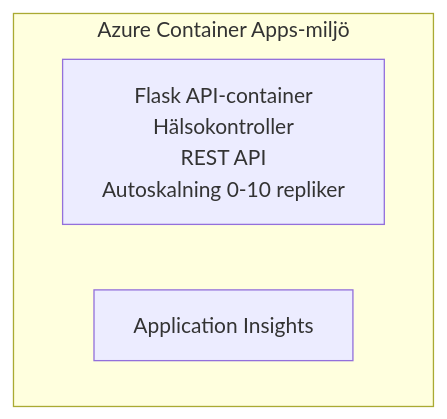
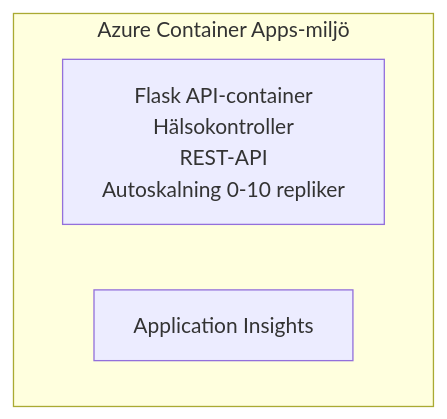
Before and after one commit to microsoft/AZD-for-beginners: the diagram in translations/sv/examples/container-app/simple-flask-api/README.md, drawn with Mermaid. The commit also changed other lines of this file and 104 other files, not shown here.

````diff
--- a/translations/sv/examples/container-app/simple-flask-api/README.md
+++ b/translations/sv/examples/container-app/simple-flask-api/README.md
@@ -26,7 +26,7 @@
 ```mermaid
 graph TD
     subgraph ACA[Azure Container Apps-miljö]
-        Flask[Flask API-container<br/>Hälsokontroller<br/>REST API<br/>Autoskalning 0-10 repliker]
+        Flask[Flask API-container<br/>Hälsokontroller<br/>REST-API<br/>Autoskalning 0-10 repliker]
         AppInsights[Application Insights]
     end
 ```
````
